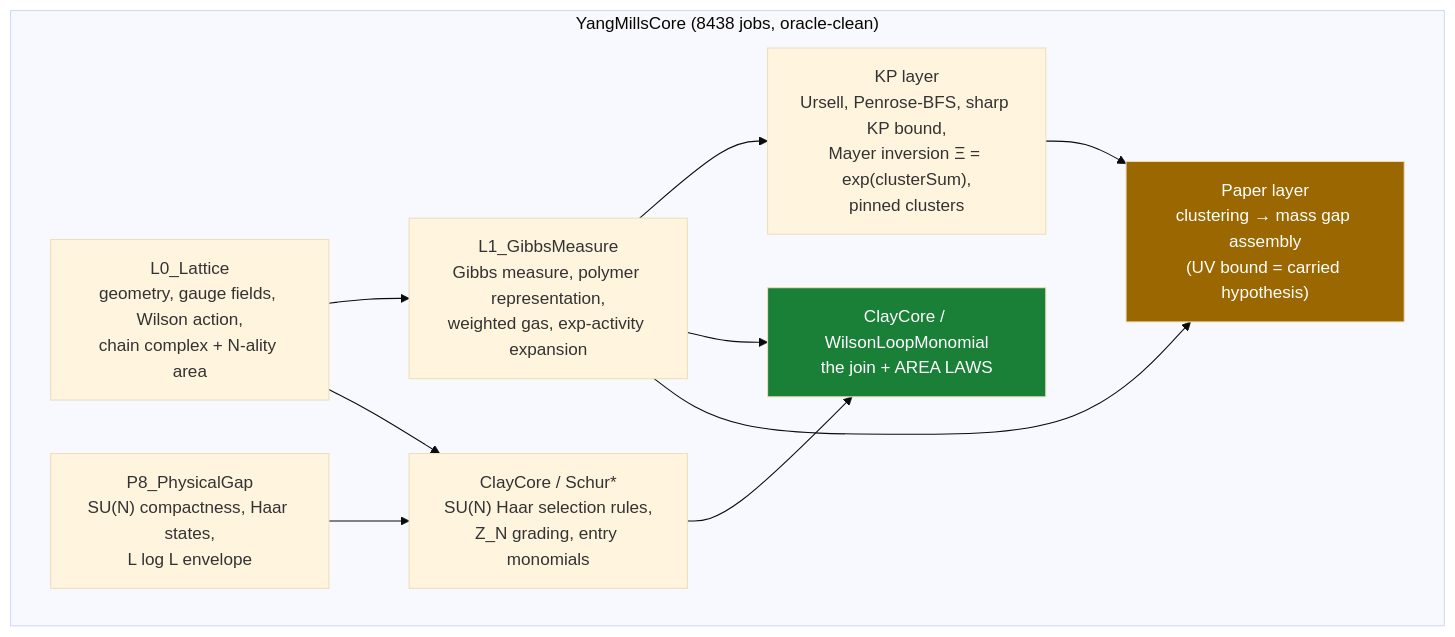
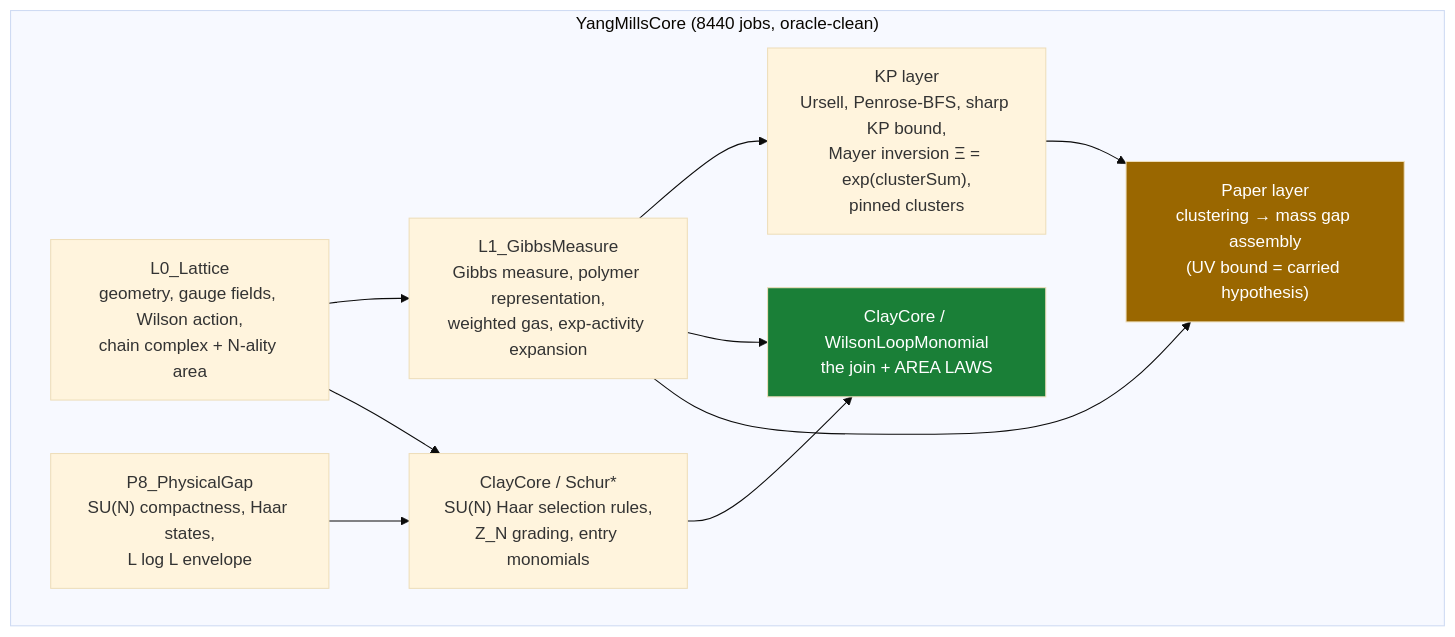
The diagram in README.md (lluiseriksson/THE-ERIKSSON-PROGRAMME), drawn with Mermaid (base theme) before and after one commit. The commit also changed other lines of this file and 5 other files, not shown here.

````diff
--- a/README.md
+++ b/README.md
@@ -366,20 +366,20 @@
 ```mermaid
 graph TD
-    subgraph core["YangMillsCore  (8438 jobs, oracle-clean)"]
+    subgraph core["YangMillsCore  (8440 jobs, oracle-clean)"]
         L0["L0_Lattice<br/>geometry, gauge fields, Wilson action,<br/>chain complex + N-ality area"]
         L1["L1_GibbsMeasure<br/>Gibbs measure, polymer representation,<br/>weighted gas, exp-activity expansion"]
         KP["KP layer<br/>Ursell, Penrose-BFS, sharp KP bound,<br/>Mayer inversion Ξ = exp(clusterSum),<br/>pinned clusters"]
         SCHUR["ClayCore / Schur*<br/>SU(N) Haar selection rules,<br/>Z_N grading, entry monomials"]
         WLM["ClayCore / WilsonLoopMonomial<br/>the join + AREA LAWS"]
         PAPER["Paper layer<br/>clustering → mass gap assembly<br/>(UV bound = carried hypothesis)"]
         P8["P8_PhysicalGap<br/>SU(N) compactness, Haar states,<br/>L log L envelope"]
     end
     L0 --> L1 --> KP
     L0 --> SCHUR --> WLM
     L1 --> WLM
     L1 --> PAPER
     KP --> PAPER
     P8 --> SCHUR
     style WLM fill:#1a7f37,color:#fff
     style PAPER fill:#9a6700,color:#fff
 ```
````
